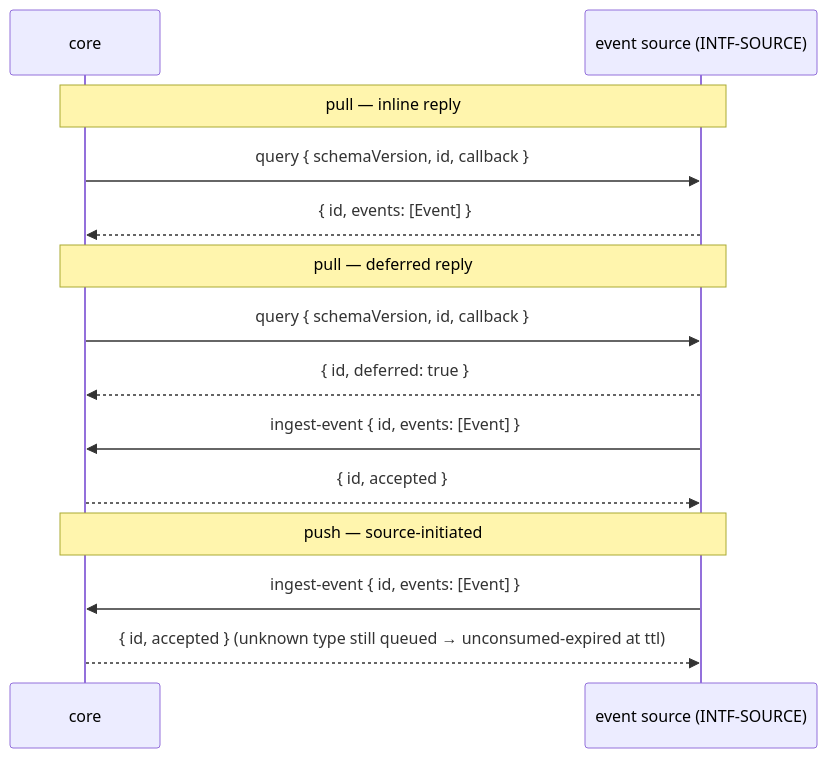
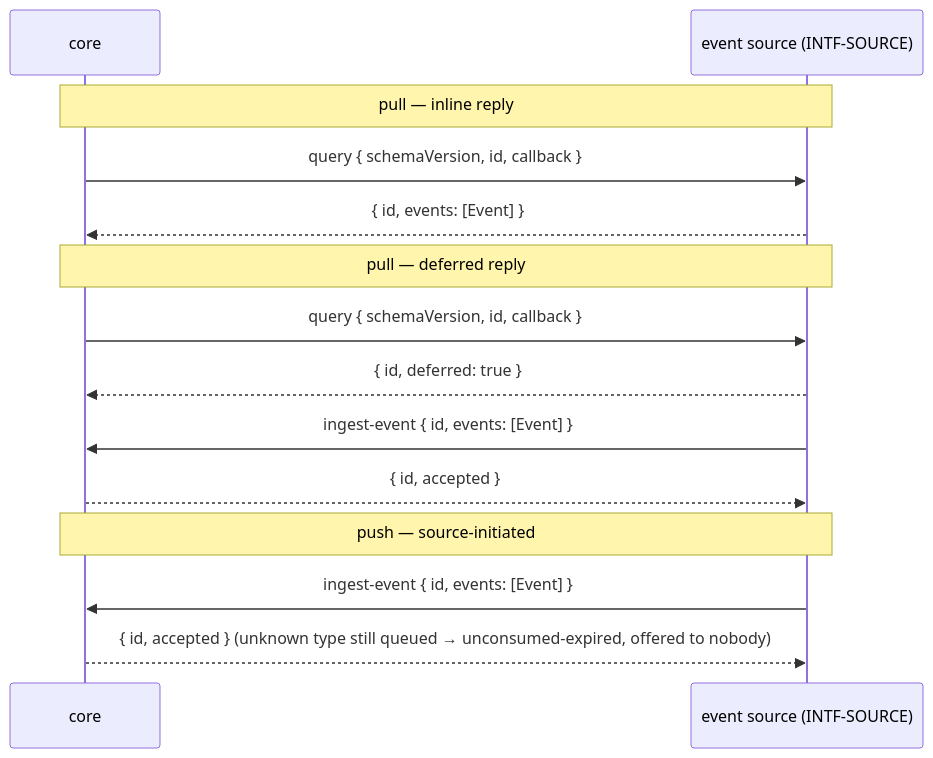
Before and after one commit to phillipgreenii/nix-agent-support: the third of 8 diagrams in packages/pr-pool/docs/behavior/interfaces.md, drawn with Mermaid. The commit also changed other lines of this file and 11 other files, not shown here.

````diff
--- a/packages/pr-pool/docs/behavior/interfaces.md
+++ b/packages/pr-pool/docs/behavior/interfaces.md
@@ -206,16 +215,16 @@
 ```mermaid
 sequenceDiagram
     participant Core as core
     participant Src as event source (INTF-SOURCE)
     Note over Core,Src: pull — inline reply
     Core->>Src: query { schemaVersion, id, callback }
     Src-->>Core: { id, events: [Event] }
     Note over Core,Src: pull — deferred reply
     Core->>Src: query { schemaVersion, id, callback }
     Src-->>Core: { id, deferred: true }
     Src->>Core: ingest-event { id, events: [Event] }
     Core-->>Src: { id, accepted }
     Note over Core,Src: push — source-initiated
     Src->>Core: ingest-event { id, events: [Event] }
-    Core-->>Src: { id, accepted }  (unknown type still queued → unconsumed-expired at ttl)
+    Core-->>Src: { id, accepted }  (unknown type still queued → unconsumed-expired, offered to nobody)
 ```
````
